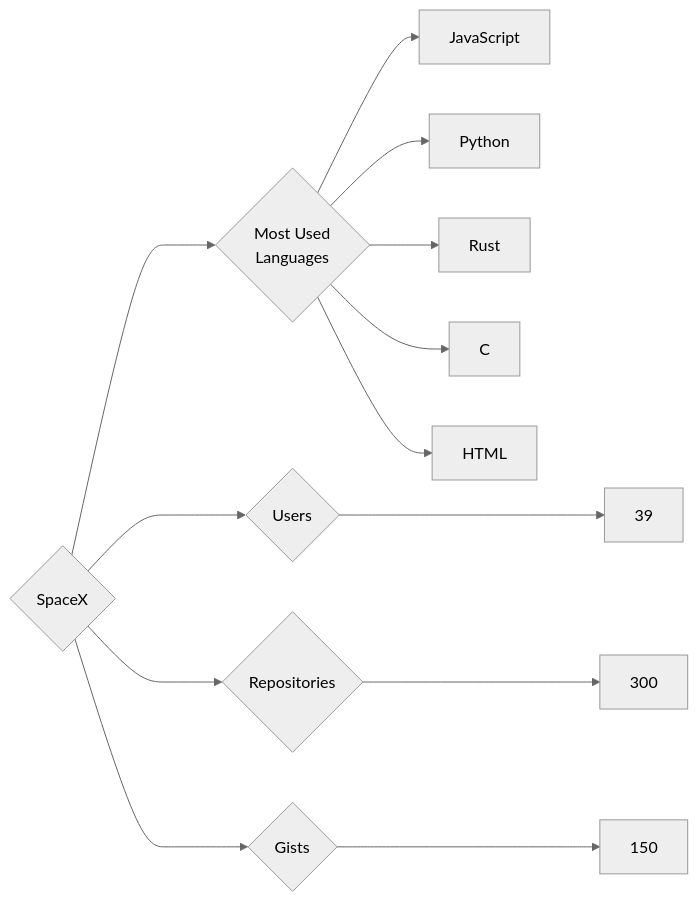
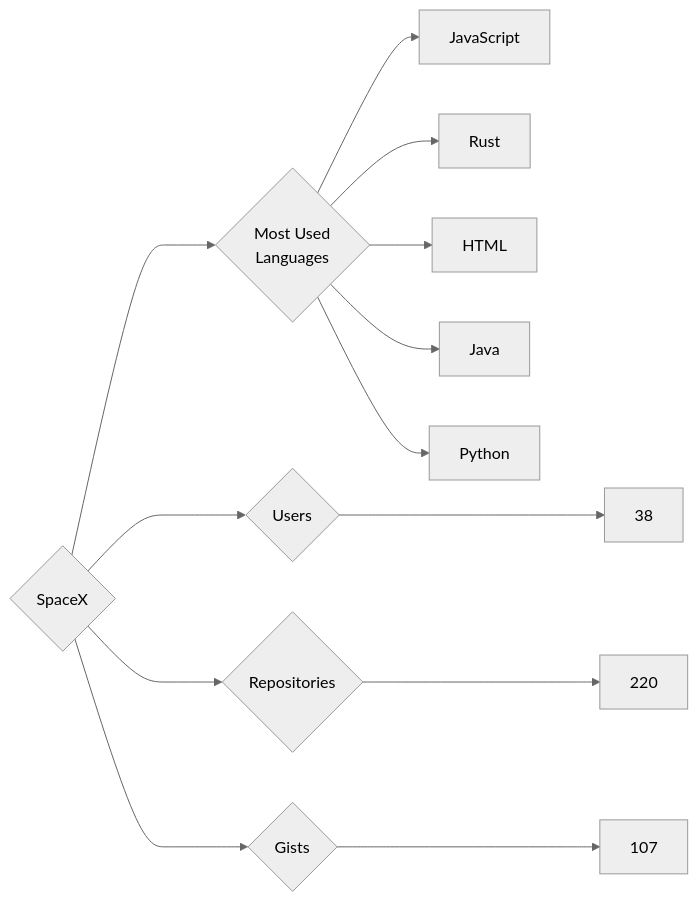
The diagram in targets/SpaceX/README.md (trickest/insiders), drawn with Mermaid (neutral theme) before and after one commit. The commit also changed 903 other files, not shown here.

````diff
--- a/targets/SpaceX/README.md
+++ b/targets/SpaceX/README.md
@@ -3,13 +3,13 @@
 ```mermaid
 graph LR
 COMPANY_NAME{SpaceX}
-COMPANY_NAME ---> U{Users} ---> UN[39]
-COMPANY_NAME ---> R{Repositories} ---> RN[300]
-COMPANY_NAME ---> G{Gists} ---> GN[150]
+COMPANY_NAME ---> U{Users} ---> UN[38]
+COMPANY_NAME ---> R{Repositories} ---> RN[220]
+COMPANY_NAME ---> G{Gists} ---> GN[107]
 COMPANY_NAME ---> ML{Most Used<br>Languages}
 ML --> JavaScript[JavaScript]
+ML --> Rust[Rust]
+ML --> HTML[HTML]
+ML --> Java[Java]
 ML --> Python[Python]
-ML --> Rust[Rust]
-ML --> C[C]
-ML --> HTML[HTML]
 ```
````
